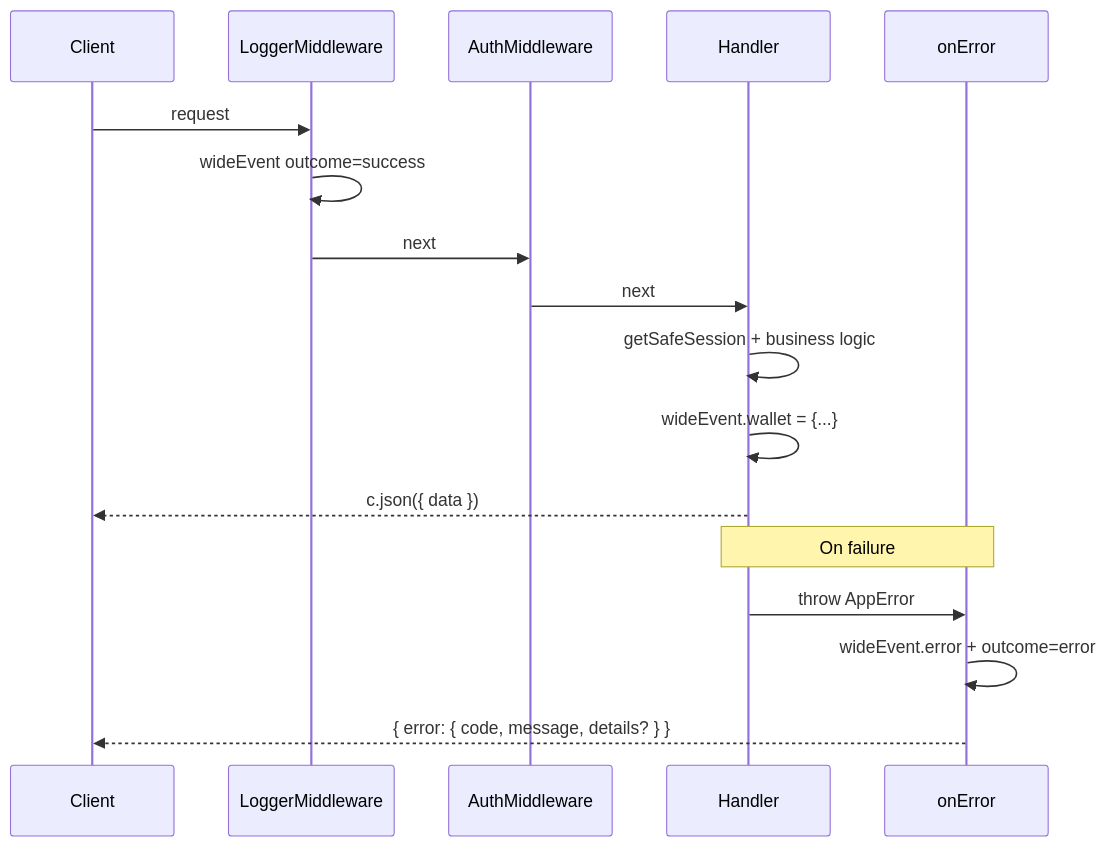
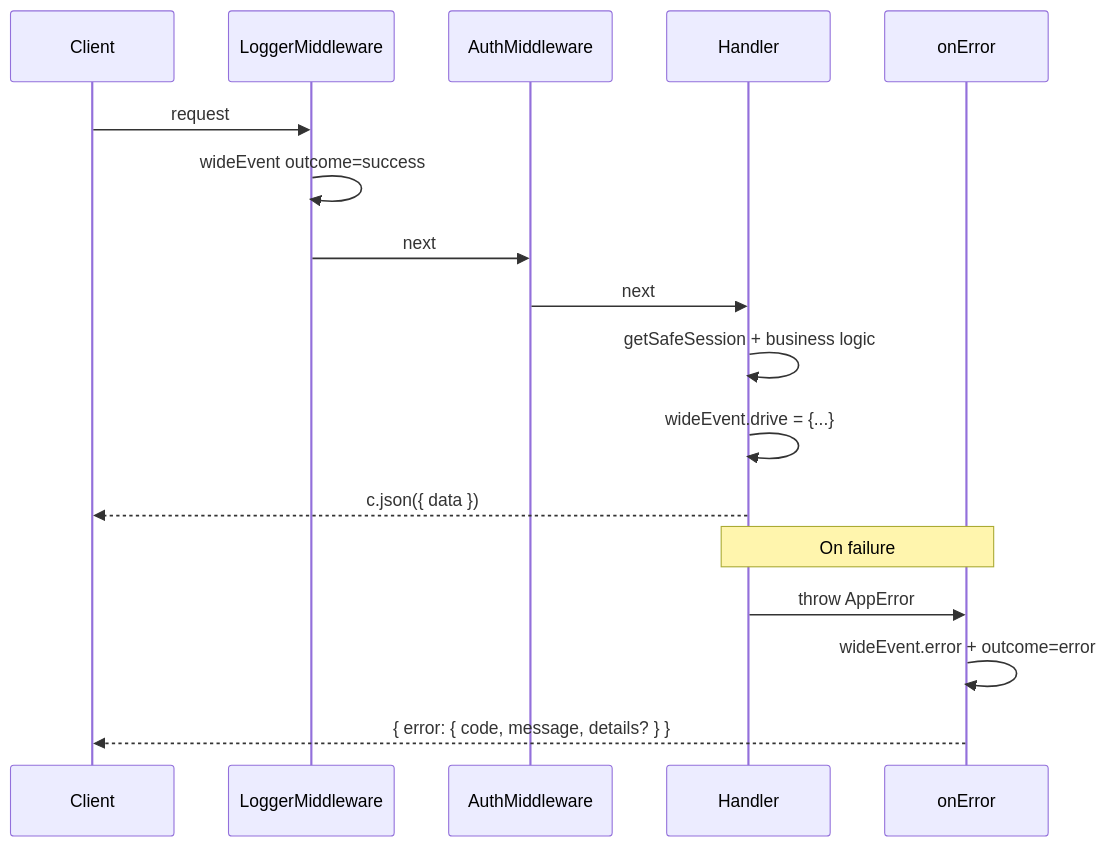
The diagram in docs/developer-guide/api-route-handlers.md (mupinnn/kaget), drawn with Mermaid before and after one commit. The commit also changed other lines of this file and 52 other files, not shown here.

````diff
--- a/docs/developer-guide/api-route-handlers.md
+++ b/docs/developer-guide/api-route-handlers.md
@@ -17,20 +19,20 @@
 ```mermaid
 sequenceDiagram
   participant Client
   participant LoggerMW as LoggerMiddleware
   participant AuthMW as AuthMiddleware
   participant Handler
   participant OnError as onError
 
   Client->>LoggerMW: request
   LoggerMW->>LoggerMW: wideEvent outcome=success
   LoggerMW->>AuthMW: next
   AuthMW->>Handler: next
   Handler->>Handler: getSafeSession + business logic
-  Handler->>Handler: wideEvent.wallet = {...}
+  Handler->>Handler: wideEvent.drive = {...}
   Handler-->>Client: c.json({ data })
   Note over Handler,OnError: On failure
   Handler->>OnError: throw AppError
   OnError->>OnError: wideEvent.error + outcome=error
   OnError-->>Client: { error: { code, message, details? } }
 ```
````
